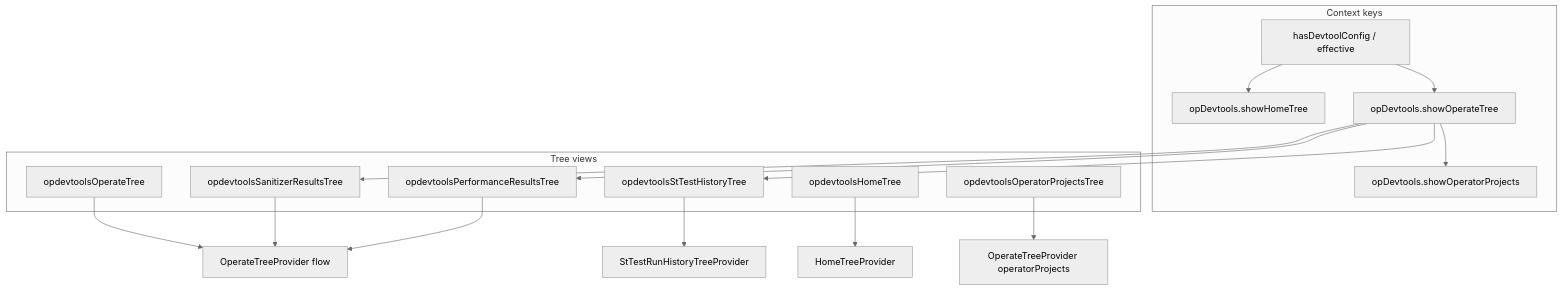
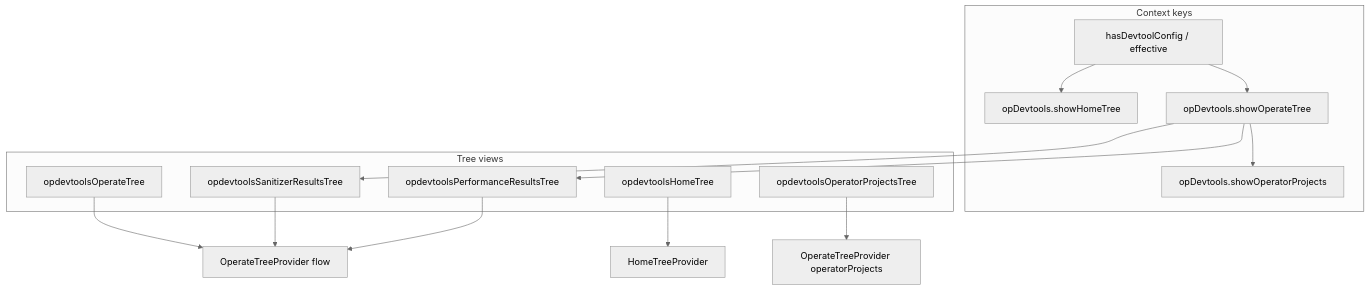
The diagram in docs/operator-treeview.md (IdeFrontend/opdev_plugin), drawn with Mermaid (neutral theme) before and after one commit. The commit also changed other lines of this file and 13 other files, not shown here.

````diff
--- a/docs/operator-treeview.md
+++ b/docs/operator-treeview.md
@@ -13,29 +13,26 @@
 ```mermaid
 flowchart TB
   subgraph contexts [Context keys]
     HC[hasDevtoolConfig / effective]
     HT[opDevtools.showHomeTree]
     OT[opDevtools.showOperateTree]
     OP[opDevtools.showOperatorProjects]
   end
   subgraph views [Tree views]
     Home[opdevtoolsHomeTree]
     Actions[opdevtoolsOperateTree]
     Ops[opdevtoolsOperatorProjectsTree]
     San[opdevtoolsSanitizerResultsTree]
     Perf[opdevtoolsPerformanceResultsTree]
-    STH[opdevtoolsStTestHistoryTree]
   end
   HC --> HT
   HC --> OT
   OT --> San
   OT --> Perf
-  OT --> STH
   OT --> OP
   Home --> HomeTP[HomeTreeProvider]
   Actions --> FlowTP[OperateTreeProvider flow]
   Ops --> OpsTP[OperateTreeProvider operatorProjects]
   San --> FlowTP
   Perf --> FlowTP
-  STH --> STHP[StTestRunHistoryTreeProvider]
 ```
````
